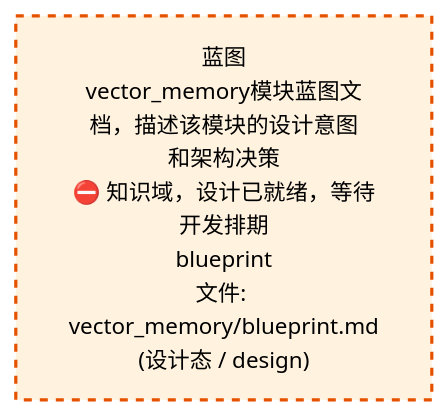
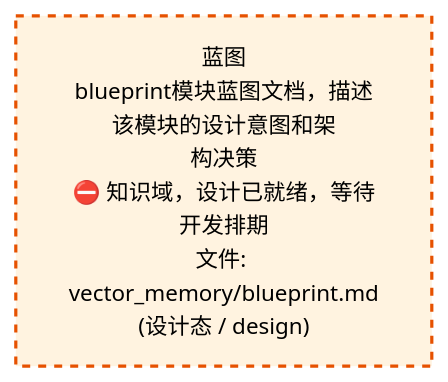
The first of 2 diagrams in docs/02_enterprise_architecture/02_domain_architecture_docs/58_d_knowledge.md (xuanFelixVan/ZephyrAlpha), drawn with Mermaid before and after one commit. The commit also changed other lines of this file and 58 other files, not shown here.

````diff
--- a/docs/02_enterprise_architecture/02_domain_architecture_docs/58_d_knowledge.md
+++ b/docs/02_enterprise_architecture/02_domain_architecture_docs/58_d_knowledge.md
@@ -53,10 +53,10 @@
 ```mermaid
 %%{init: {'theme': 'base', 'themeVariables': {'primaryColor': '#eaeaea', 'primaryTextColor': '#333333', 'primaryBorderColor': '#666666', 'lineColor': '#666666', 'secondaryColor': '#eaeaea', 'tertiaryColor': '#eaeaea', 'fontSize': '14px'}}}%%
 flowchart TD
-    docs_03_modules_domain_knowledge_vector_memory_blueprint_md["蓝图<br/>vector_memory模块蓝图文档，描述该模块的设计意图<br/>和架构决策<br/>⛔ 知识域，设计已就绪，等待开发排期<br/>blueprint<br/>文件: vector_memory/blueprint.md<br/>(设计态 / design)"]
+    docs_03_modules_domain_knowledge_vector_memory_blueprint_md["蓝图<br/>blueprint模块蓝图文档，描述该模块的设计意图和架<br/>构决策<br/>⛔ 知识域，设计已就绪，等待开发排期<br/>文件: vector_memory/blueprint.md<br/>(设计态 / design)"]
     classDef production fill:#e1f5fe,stroke:#01579b,stroke-width:2px,color:#000
     classDef design fill:#fff3e0,stroke:#e65100,stroke-width:2px,color:#000,stroke-dasharray: 5 5
     classDef external_prod fill:#e8f4fd,stroke:#0277bd,stroke-width:1px,color:#000
     classDef external_design fill:#fff8e7,stroke:#ef6c00,stroke-width:1px,color:#000,stroke-dasharray: 5 5
     class docs_03_modules_domain_knowledge_vector_memory_blueprint_md design
 ```
````
